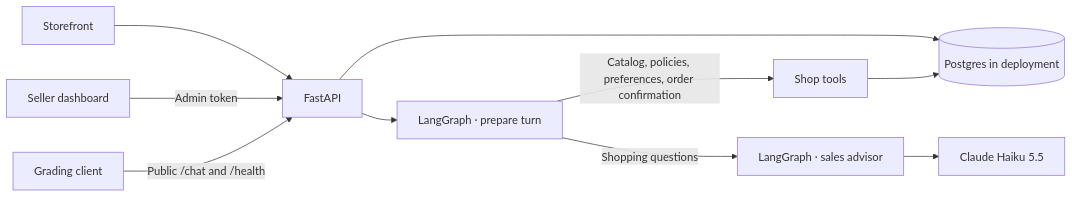
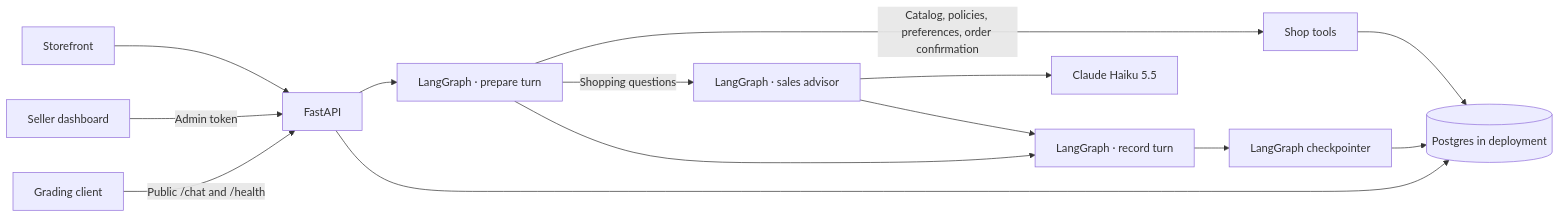
Before and after one commit to CtrlAltHamza/grove-store: the diagram in README.md, drawn with Mermaid. The commit also changed other lines of this file and 13 other files, not shown here.

````diff
--- a/README.md
+++ b/README.md
@@ -5,12 +7,16 @@
 ```mermaid
 flowchart LR
     Visitor[Storefront] --> API[FastAPI]
     Admin[Seller dashboard] -->|Admin token| API
     Grader[Grading client] -->|Public /chat and /health| API
     API --> Prepare[LangGraph · prepare turn]
     Prepare -->|Catalog, policies, preferences, order confirmation| Tools[Shop tools]
     Prepare -->|Shopping questions| Advise[LangGraph · sales advisor]
     Advise --> Claude[Claude Haiku 5.5]
+    Prepare --> Record[LangGraph · record turn]
+    Advise --> Record
+    Record --> Checkpoint[LangGraph checkpointer]
+    Checkpoint --> DB
     API --> DB[(Postgres in deployment)]
     Tools --> DB
 ```
````
